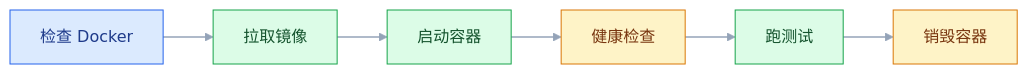
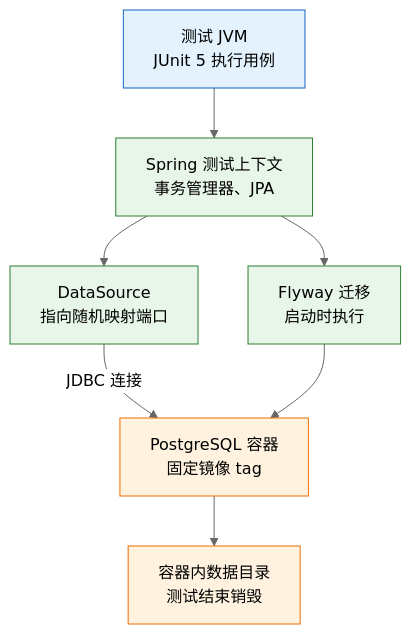
Before and after one commit to jimbosuper/studynotes: the second of 3 diagrams in blog/src/notes/06-测试/02-单元与集成测试/02-集成测试与数据库测试.md, drawn with Mermaid (neutral theme). The commit also changed other lines of this file and 367 other files, not shown here.

````diff
--- a/blog/src/notes/06-测试/02-单元与集成测试/02-集成测试与数据库测试.md
+++ b/blog/src/notes/06-测试/02-单元与集成测试/02-集成测试与数据库测试.md
@@ -585,9 +67,15 @@
 ```mermaid
-flowchart LR
-    classDef client fill:#DBEAFE,stroke:#2563EB,color:#1E3A8A
-    classDef service fill:#DCFCE7,stroke:#16A34A,color:#14532D
-    classDef data fill:#FEF3C7,stroke:#D97706,color:#78350F
-
-    C["检查 Docker"]:::client --> P["拉取镜像"]:::service --> R["启动容器"]:::service --> H["健康检查"]:::data --> T["跑测试"]:::service --> D["销毁容器"]:::data
-    linkStyle default stroke:#94A3B8,stroke-width:1.5px
+flowchart TD
+    T["测试 JVM<br/>JUnit 5 执行用例"] --> C["Spring 测试上下文<br/>事务管理器、JPA"]
+    C --> DS["DataSource<br/>指向随机映射端口"]
+    DS -->|"JDBC 连接"| DB["PostgreSQL 容器<br/>固定镜像 tag"]
+    C --> M["Flyway 迁移<br/>启动时执行"]
+    M --> DB
+    DB --> V["容器内数据目录<br/>测试结束销毁"]
+    classDef client fill:#e3f2fd,stroke:#1565c0;
+    classDef engine fill:#e8f5e9,stroke:#2e7d32;
+    classDef image fill:#fff3e0,stroke:#ef6c00;
+    class T client
+    class C,DS,M engine
+    class DB,V image
 ```
````
